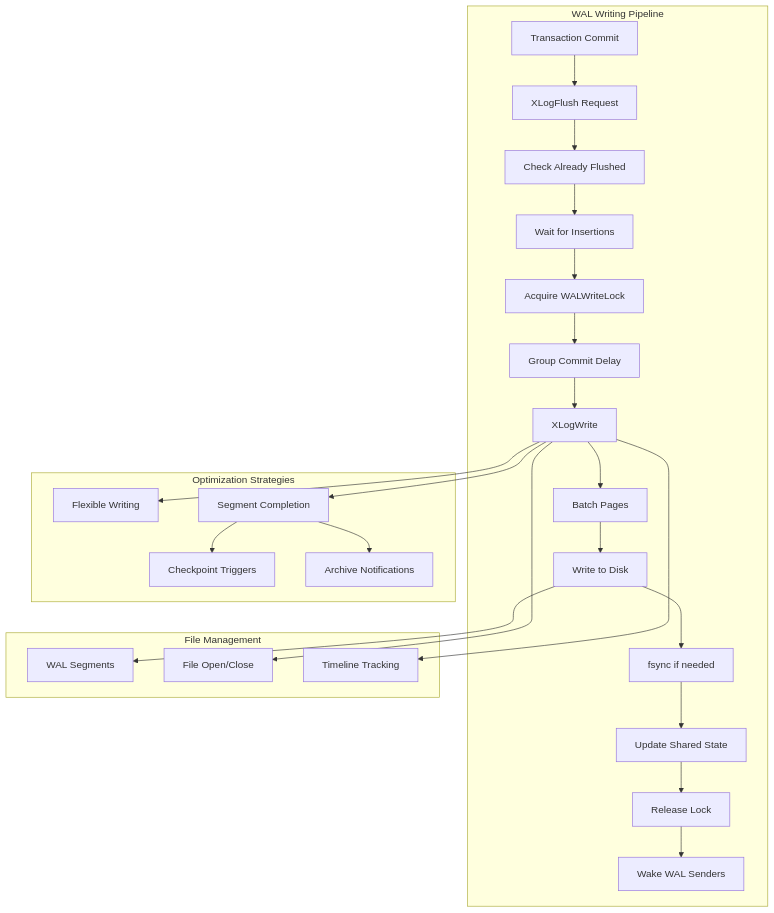
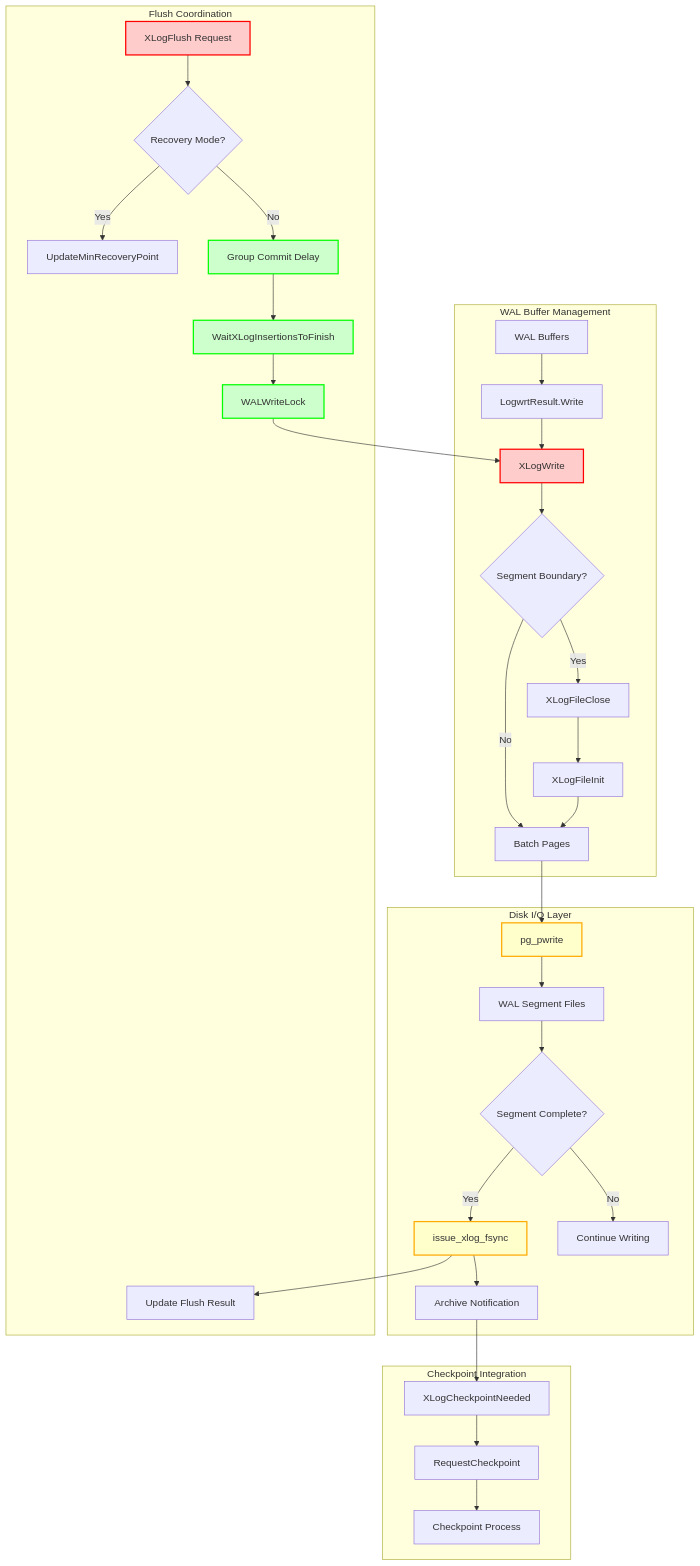
One commit to ryogrid/create_pg_super_document changed the first of 2 diagrams in topic_specific_generated_docs/about_wal/component_wal_writing.md. Above: the diagram before and after it, drawn with Mermaid. The commit also changed other lines of this file and 34 other files, not shown here.

````diff
--- a/topic_specific_generated_docs/about_wal/component_wal_writing.md
+++ b/topic_specific_generated_docs/about_wal/component_wal_writing.md
@@ -17,39 +17,45 @@
 ```mermaid
 graph TB
-    subgraph "WAL Writing Pipeline"
-        A[Transaction Commit] --> B[XLogFlush Request]
-        B --> C[Check Already Flushed]
-        C --> D[Wait for Insertions]
-        D --> E[Acquire WALWriteLock]
-        E --> F[Group Commit Delay]
-        F --> G[XLogWrite]
-        G --> H[Batch Pages]
-        H --> I[Write to Disk]
-        I --> J[fsync if needed]
-        J --> K[Update Shared State]
-        K --> L[Release Lock]
-        L --> M[Wake WAL Senders]
+    subgraph "WAL Buffer Management"
+        A[WAL Buffers] --> B[LogwrtResult.Write]
+        B --> C[XLogWrite]
+        C --> D{Segment Boundary?}
+        D -->|Yes| E[XLogFileClose]
+        D -->|No| F[Batch Pages]
+        E --> G[XLogFileInit]
+        G --> F
     end
 
-    subgraph "Optimization Strategies"
-        N[Flexible Writing]
-        O[Segment Completion]
-        P[Checkpoint Triggers]
-        Q[Archive Notifications]
+    subgraph "Disk I/O Layer"
+        F --> H[pg_pwrite]
+        H --> I[WAL Segment Files]
+        I --> J{Segment Complete?}
+        J -->|Yes| K[issue_xlog_fsync]
+        J -->|No| L[Continue Writing]
+        K --> M[Archive Notification]
     end
 
-    G --> N
-    G --> O
-    O --> P
-    O --> Q
-
-    subgraph "File Management"
-        R[WAL Segments]
-        S[File Open/Close]
-        T[Timeline Tracking]
+    subgraph "Flush Coordination"
+        N[XLogFlush Request] --> O{Recovery Mode?}
+        O -->|Yes| P[UpdateMinRecoveryPoint]
+        O -->|No| Q[Group Commit Delay]
+        Q --> R[WaitXLogInsertionsToFinish]
+        R --> S[WALWriteLock]
+        S --> C
+        K --> T[Update Flush Result]
     end
 
-    I --> R
-    G --> S
-    G --> T
+    subgraph "Checkpoint Integration"
+        M --> U[XLogCheckpointNeeded]
+        U --> V[RequestCheckpoint]
+        V --> W[Checkpoint Process]
+    end
+
+    classDef critical fill:#ffcccc,stroke:#ff0000,stroke-width:2px
+    classDef io fill:#ffffcc,stroke:#ffaa00,stroke-width:2px
+    classDef coordination fill:#ccffcc,stroke:#00ff00,stroke-width:2px
+
+    class C,N critical
+    class H,K io
+    class Q,R,S coordination
 ```
````
